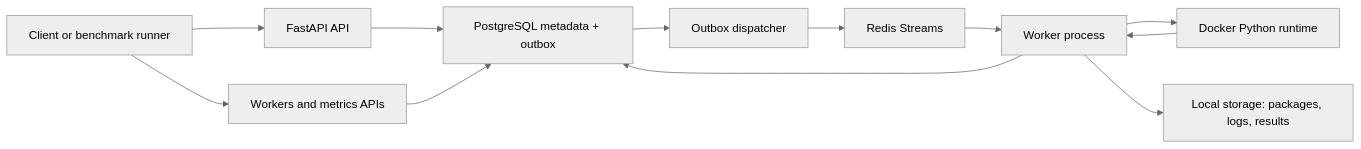
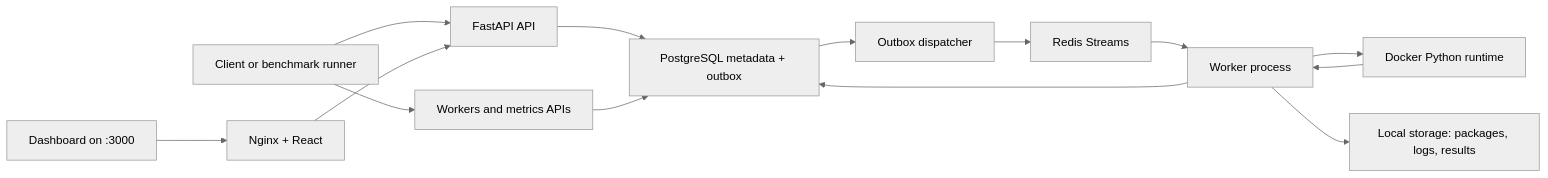
The diagram in README.md (KiriSchrieffer/serverless-cloud-platform), drawn with Mermaid (neutral theme) before and after one commit. The commit also changed other lines of this file and 4 other files, not shown here.

````diff
--- a/README.md
+++ b/README.md
@@ -34,14 +38,16 @@
 ```mermaid
 flowchart LR
     Client["Client or benchmark runner"] --> API["FastAPI API"]
+    Browser["Dashboard on :3000"] --> Frontend["Nginx + React"]
+    Frontend --> API
     API --> DB["PostgreSQL metadata + outbox"]
     DB --> Dispatcher["Outbox dispatcher"]
     Dispatcher --> Queue["Redis Streams"]
     Queue --> Worker["Worker process"]
     Worker --> Runtime["Docker Python runtime"]
     Runtime --> Worker
     Worker --> DB
     Worker --> Storage["Local storage: packages, logs, results"]
     Client --> Metrics["Workers and metrics APIs"]
     Metrics --> DB
 ```
````
